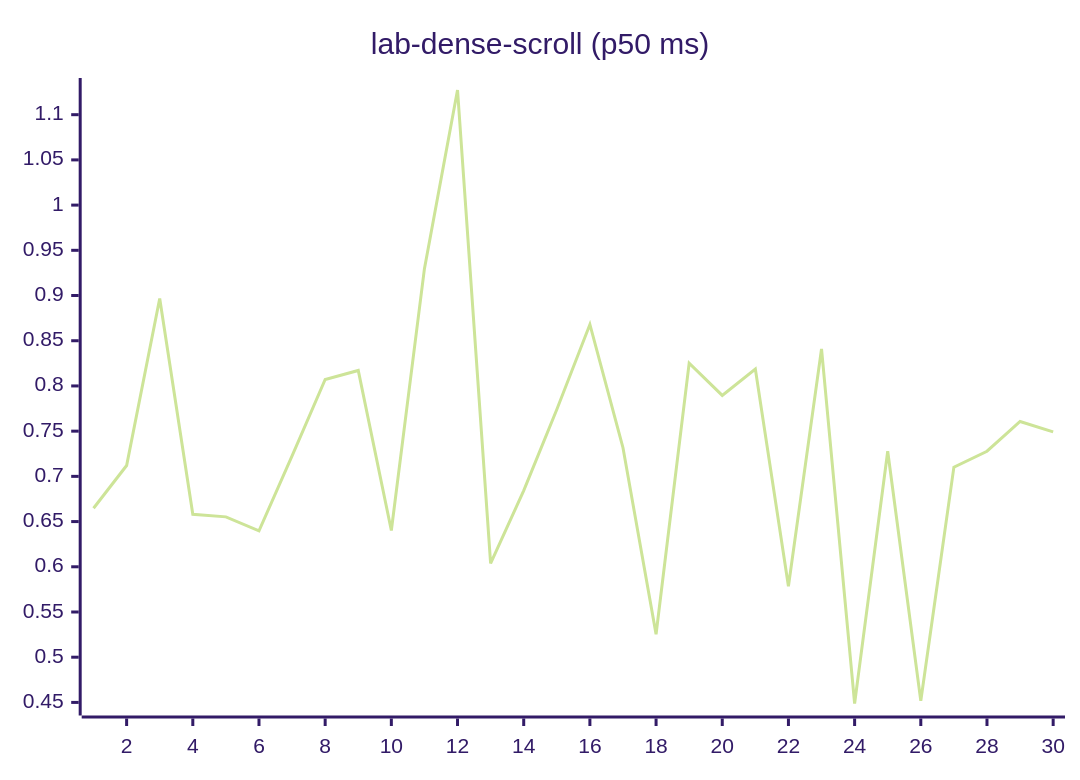
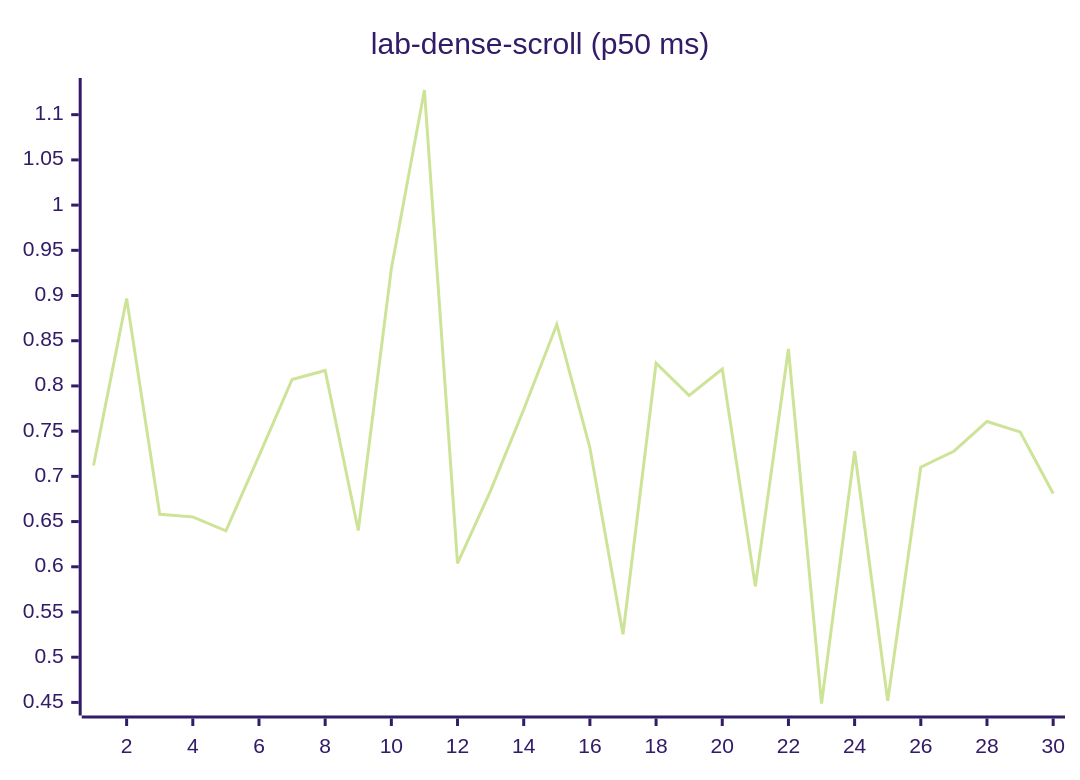
Diagram 12 of 27 in README.md (josha/Facet), drawn with Mermaid (forest theme) before and after one commit. The commit also changed other lines of this file and 2 other files, not shown here.

````diff
--- a/README.md
+++ b/README.md
@@ -140,6 +140,6 @@
 ```mermaid
 xychart-beta
     title "lab-dense-scroll (p50 ms)"
     x-axis 1 --> 30
-    line [0.6647, 0.7120, 0.8968, 0.6580, 0.6552, 0.6397, 0.7226, 0.8071, 0.8171, 0.6401, 0.9297, 1.1273, 0.6038, 0.6843, 0.7739, 0.8680, 0.7317, 0.5254, 0.8252, 0.7895, 0.8186, 0.5785, 0.8409, 0.4488, 0.7278, 0.4517, 0.7102, 0.7278, 0.7607, 0.7492]
+    line [0.7120, 0.8968, 0.6580, 0.6552, 0.6397, 0.7226, 0.8071, 0.8171, 0.6401, 0.9297, 1.1273, 0.6038, 0.6843, 0.7739, 0.8680, 0.7317, 0.5254, 0.8252, 0.7895, 0.8186, 0.5785, 0.8409, 0.4488, 0.7278, 0.4517, 0.7102, 0.7278, 0.7607, 0.7492, 0.6810]
 ```
````
